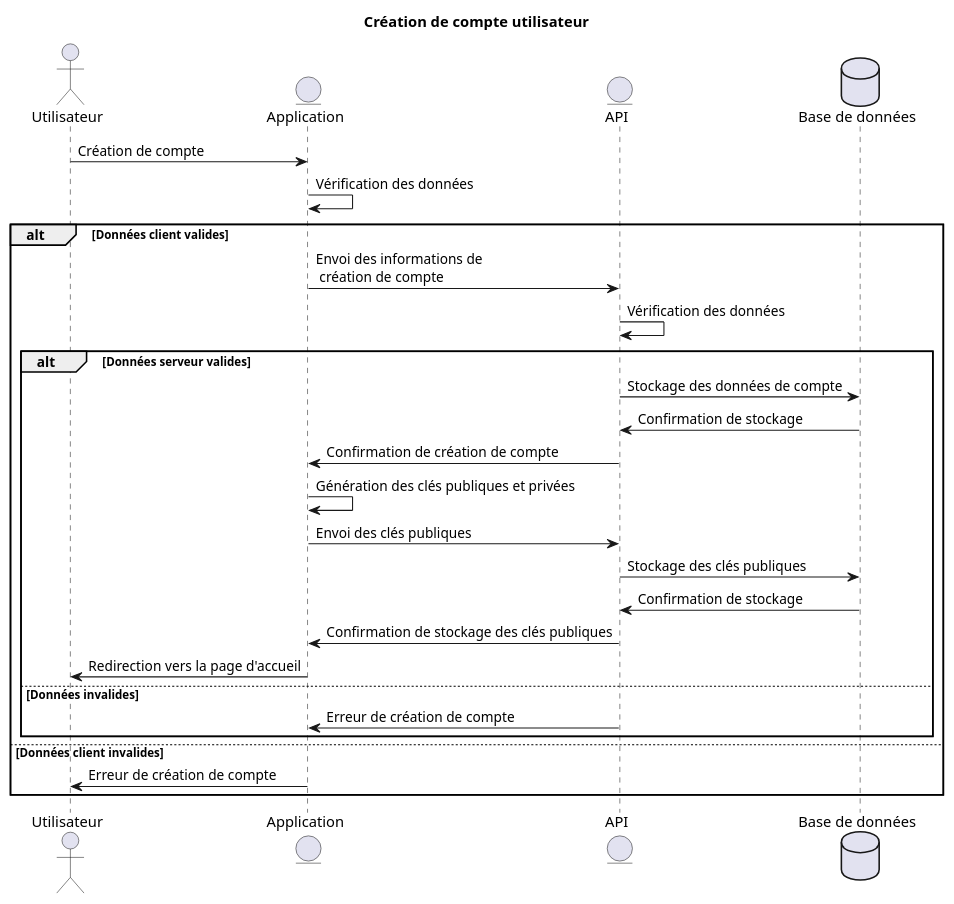
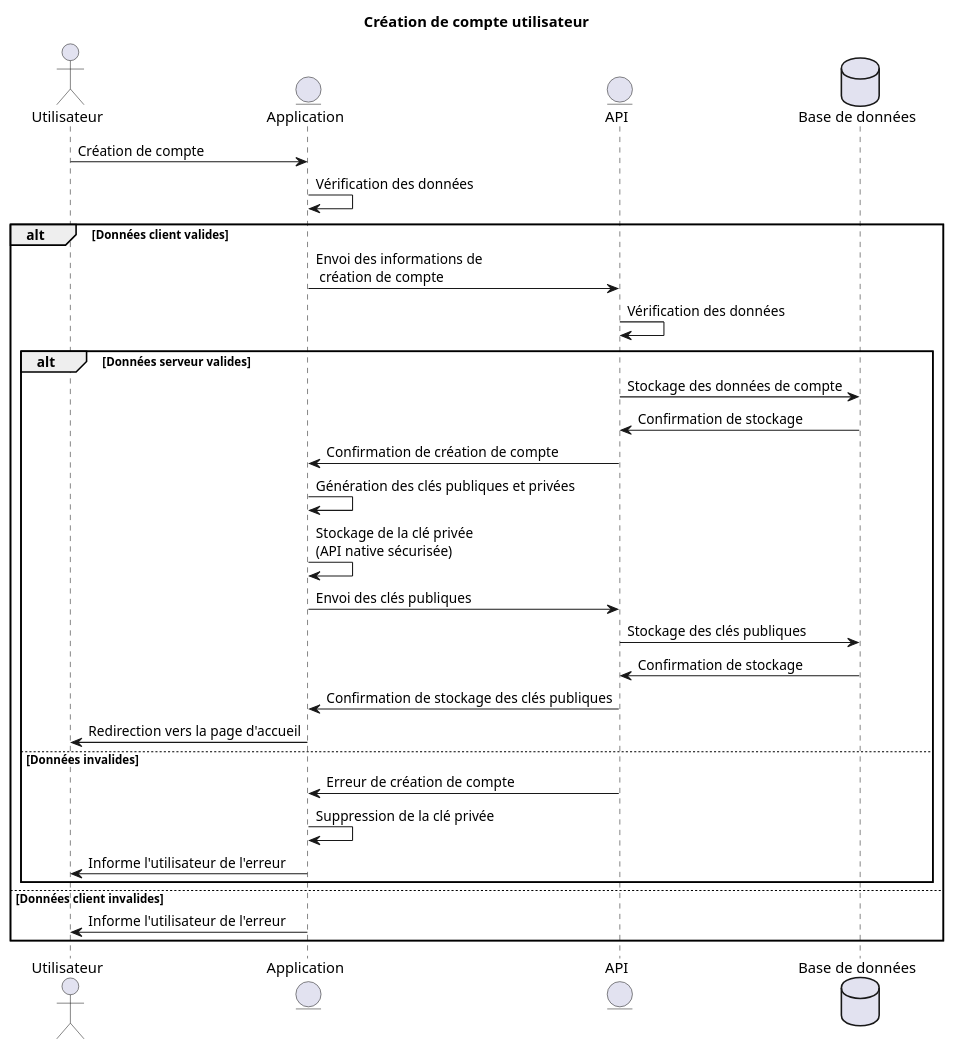
One commit to nezia1/missive-documentation changed the diagram in docs/assets/diagrams/src/login-sequence.puml. Above: the diagram before and after it, drawn with PlantUML.

Commit message:
update login sequence diagram

```diff
--- a/docs/assets/diagrams/src/login-sequence.puml
+++ b/docs/assets/diagrams/src/login-sequence.puml
@@ -1,29 +1,32 @@
 @startuml login-sequence
 title Création de compte utilisateur
 actor Utilisateur as User
 entity "Application" as Client
 entity API
 database "Base de données" as Database
 
 User -> Client : Création de compte
 Client -> Client : Vérification des données 
 alt Données client valides
     Client -> API : Envoi des informations de\n création de compte
     API -> API : Vérification des données
     alt Données serveur valides 
         API -> Database : Stockage des données de compte
         Database -> API : Confirmation de stockage
         API -> Client : Confirmation de création de compte
         Client -> Client : Génération des clés publiques et privées
+        Client -> Client : Stockage de la clé privée\n(API native sécurisée)
         Client -> API : Envoi des clés publiques
         API -> Database : Stockage des clés publiques
         Database -> API : Confirmation de stockage
         API -> Client : Confirmation de stockage des clés publiques
         Client -> User : Redirection vers la page d'accueil
     else Données invalides 
         API -> Client : Erreur de création de compte
+        Client -> Client : Suppression de la clé privée
+        Client -> User : Informe l'utilisateur de l'erreur
     end
 else Données client invalides 
-    Client -> User : Erreur de création de compte
+    Client -> User : Informe l'utilisateur de l'erreur
 end
 @enduml
```
